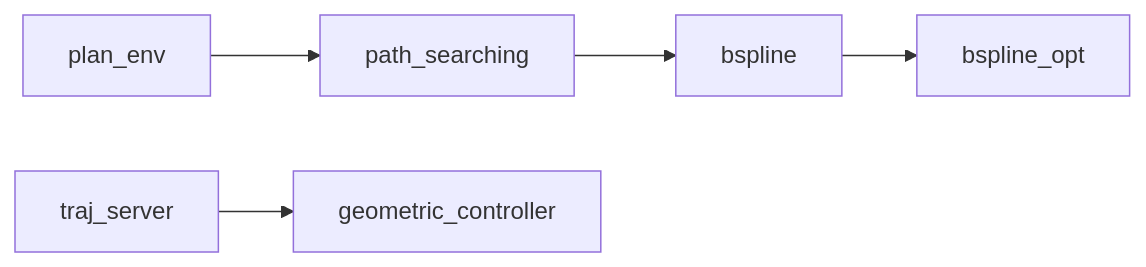
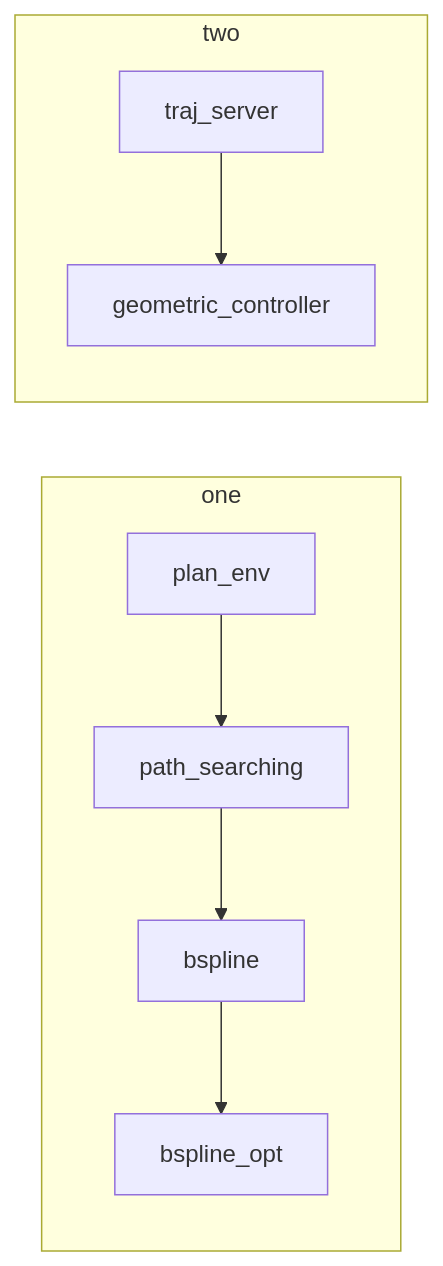
One commit to Dieptranivsr/drone_extend changed the fourth of 7 diagrams in sp_code/system.md. Above: the diagram before and after it, drawn with Mermaid. The commit also changed other lines of this file, not shown here.

````diff
--- a/sp_code/system.md
+++ b/sp_code/system.md
@@ -42,7 +42,11 @@
 ```mermaid
 flowchart LR
-  plan_env --> path_searching;
-  path_searching --> bspline;
-  bspline --> bspline_opt;
-  traj_server --> geometric_controller;
+  subgraph one
+    plan_env --> path_searching;
+    path_searching --> bspline;
+    bspline --> bspline_opt;
+  end
+  subgraph two
+    traj_server --> geometric_controller;
+  end
 ```
````
